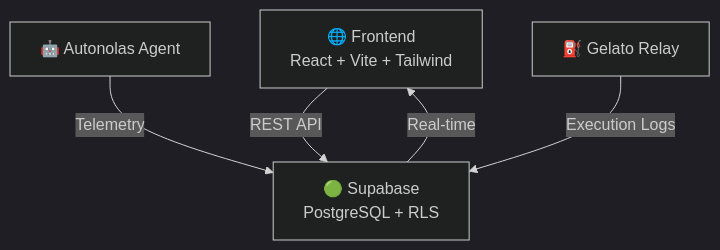
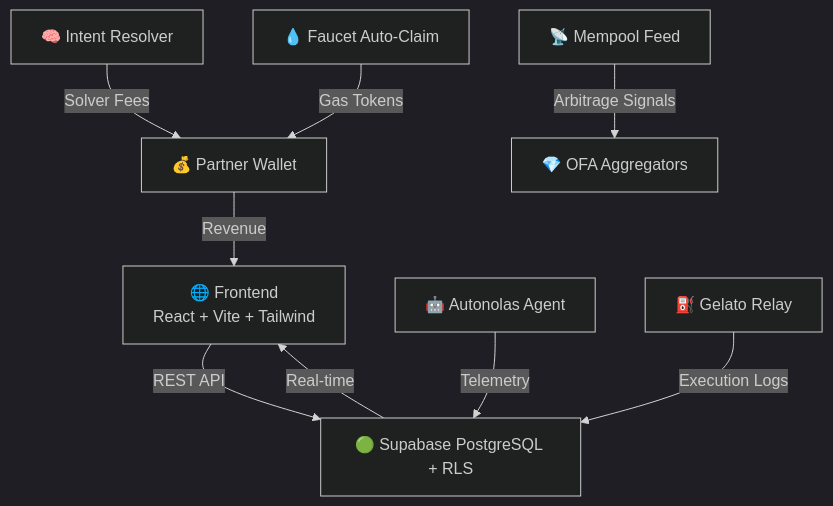
The diagram in README.md (xpex-systems-ai/GXEON-AI), drawn with Mermaid (dark theme) before and after one commit. The commit also changed other lines of this file and 36 other files, not shown here.

````diff
--- a/README.md
+++ b/README.md
@@ -20,8 +53,11 @@
 ```mermaid
 graph TD
-    A[🌐 Frontend<br/>React + Vite + Tailwind] -->|REST API| B[🟢 Supabase
-    PostgreSQL + RLS]
+    A[🌐 Frontend<br/>React + Vite + Tailwind] -->|REST API| B[🟢 Supabase PostgreSQL + RLS]
     C[🤖 Autonolas Agent] -->|Telemetry| B
     D[⛽ Gelato Relay] -->|Execution Logs| B
+    E[🧠 Intent Resolver] -->|Solver Fees| F[💰 Partner Wallet]
+    G[📡 Mempool Feed] -->|Arbitrage Signals| H[💎 OFA Aggregators]
+    I[💧 Faucet Auto-Claim] -->|Gas Tokens| F
     B -->|Real-time| A
+    F -->|Revenue| A
 ```
````
